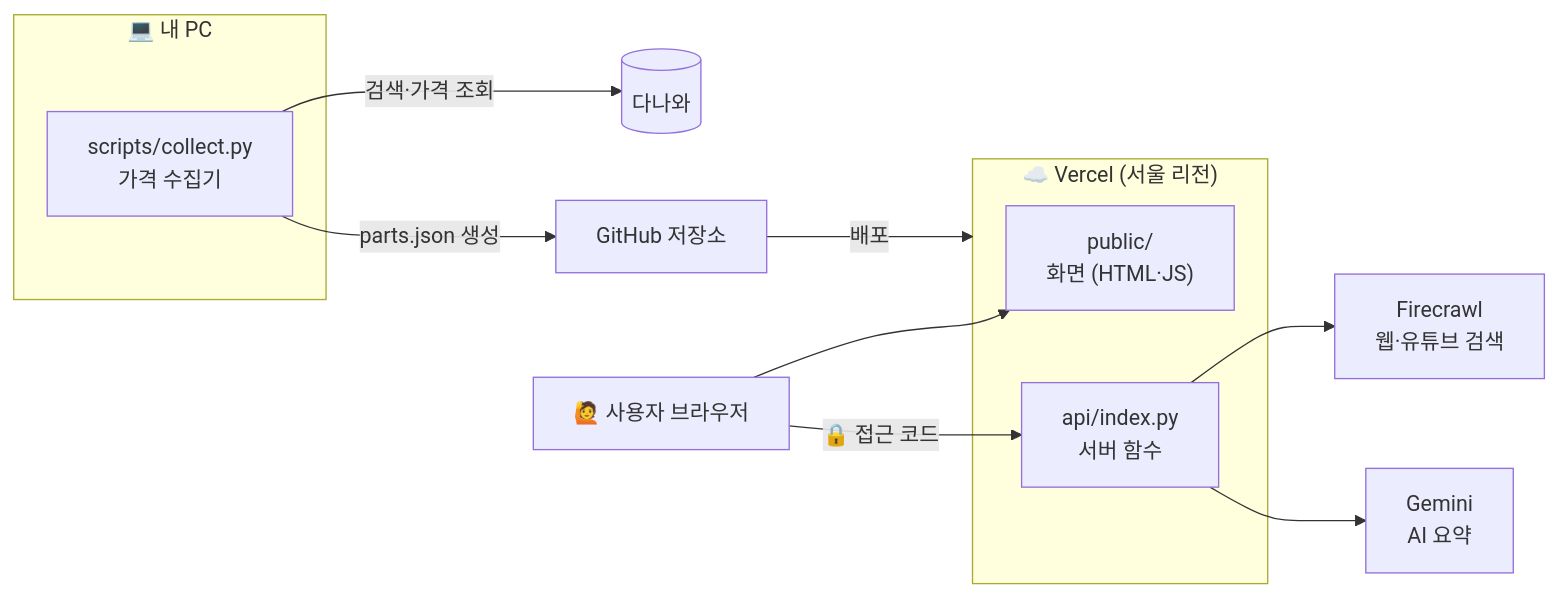
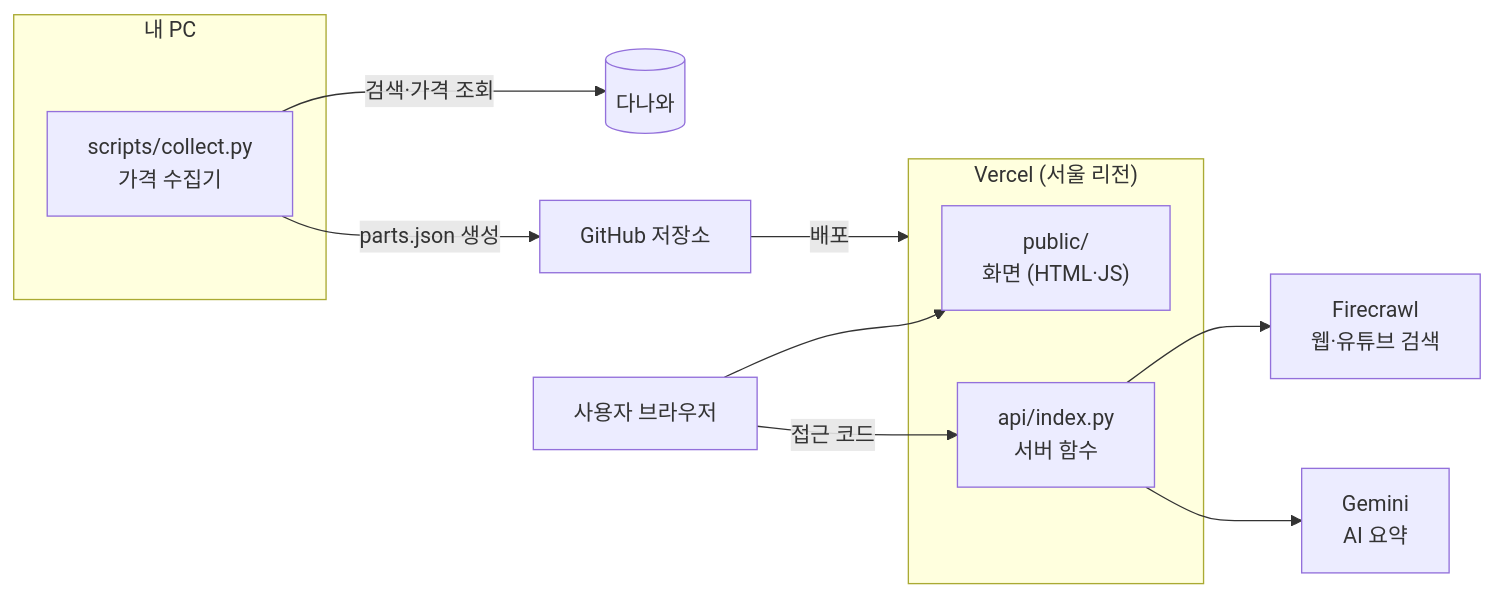
One commit to leesm3528-netizen/dragonball-pc changed the diagram in README.md. Above: the diagram before and after it, drawn with Mermaid. The commit also changed other lines of this file, not shown here.

````diff
--- a/README.md
+++ b/README.md
@@ -42,20 +42,20 @@
 ```mermaid
 flowchart LR
-    subgraph PC["💻 내 PC"]
+    subgraph PC["내 PC"]
         C["scripts/collect.py<br/>가격 수집기"]
     end
     D[("다나와")]
     C -- "검색·가격 조회" --> D
     C -- "parts.json 생성" --> G["GitHub 저장소"]
     G -- "배포" --> V
 
-    subgraph V["☁️ Vercel (서울 리전)"]
+    subgraph V["Vercel (서울 리전)"]
         S["public/<br/>화면 (HTML·JS)"]
         A["api/index.py<br/>서버 함수"]
     end
 
-    U["🙋 사용자 브라우저"] --> S
-    U -- "🔒 접근 코드" --> A
+    U["사용자 브라우저"] --> S
+    U -- "접근 코드" --> A
     A --> F["Firecrawl<br/>웹·유튜브 검색"]
     A --> M["Gemini<br/>AI 요약"]
 ```
````
